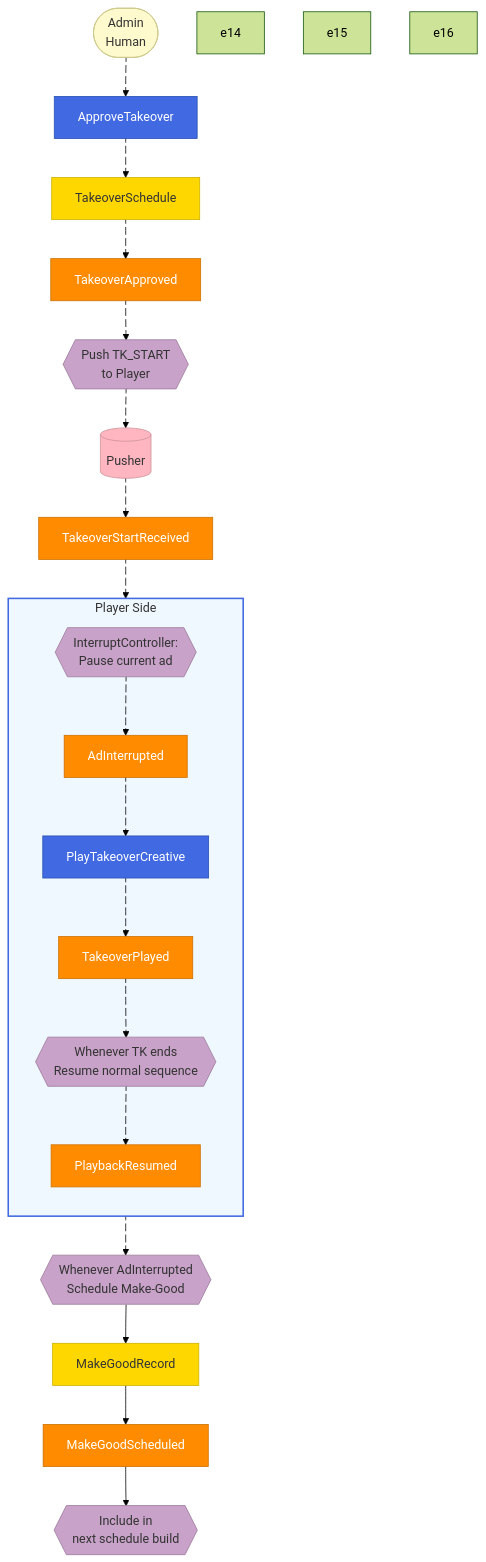
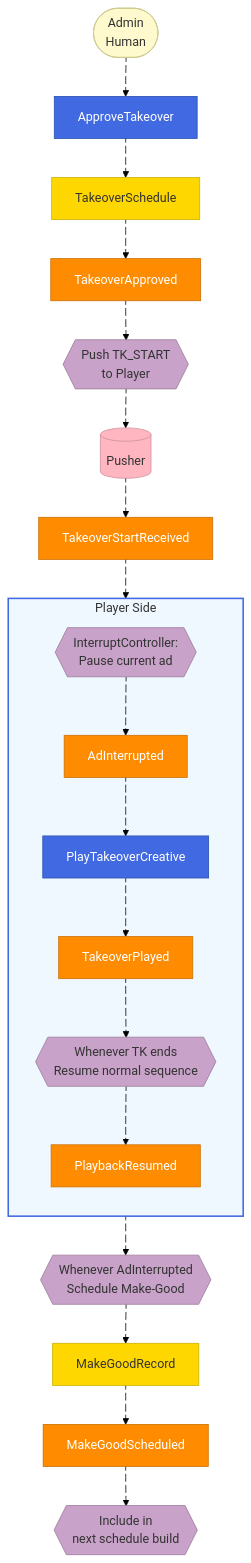
Before and after one commit to wasikarn/jira-generator: the diagram in scripts/diagrams/10-3-process-takeover.mmd, drawn with Mermaid (forest theme). The commit also changed other lines of this file and 3 other files, not shown here.

```diff
--- a/scripts/diagrams/10-3-process-takeover.mmd
+++ b/scripts/diagrams/10-3-process-takeover.mmd
@@ -1,89 +1,89 @@
 flowchart TD
     A_ADMIN(["Admin<br/>Human"])
     C_APPROVE["ApproveTakeover"]
     AGG_TK["TakeoverSchedule"]
     E_APPROVED["TakeoverApproved"]
     POL_NOTIFY{{"Push TK_START<br/>to Player"}}
     EXT_PUSHER[("Pusher")]
     E_TK_START["TakeoverStartReceived"]
 
     subgraph PLAYER["Player Side"]
         direction TB
         POL_IC{{"InterruptController:<br/>Pause current ad"}}
         E_INTERRUPTED["AdInterrupted"]
         C_PLAY_TK["PlayTakeoverCreative"]
         E_TK_PLAYED["TakeoverPlayed"]
         POL_RESUME{{"Whenever TK ends<br/>Resume normal sequence"}}
         E_RESUMED["PlaybackResumed"]
     end
 
     POL_MG{{"Whenever AdInterrupted<br/>Schedule Make-Good"}}
     AGG_MG["MakeGoodRecord"]
     E_MG["MakeGoodScheduled"]
     POL_NEXT{{"Include in<br/>next schedule build"}}
 
     A_ADMIN e3@--> C_APPROVE
     C_APPROVE e4@--> AGG_TK
     AGG_TK e5@--> E_APPROVED
     E_APPROVED e6@--> POL_NOTIFY
     POL_NOTIFY e7@--> EXT_PUSHER
     EXT_PUSHER e1@--> E_TK_START
     E_TK_START e8@--> POL_IC
     POL_IC e9@--> E_INTERRUPTED
     E_INTERRUPTED e10@--> C_PLAY_TK
     C_PLAY_TK e11@--> E_TK_PLAYED
     E_TK_PLAYED e12@--> POL_RESUME
     POL_RESUME e13@--> E_RESUMED
 
     E_INTERRUPTED e2@--> POL_MG
+    POL_MG e14@--> AGG_MG
+    AGG_MG e15@--> E_MG
+    E_MG e16@--> POL_NEXT
     e1@{ animation: slow }
     e2@{ animation: fast }
     e3@{ animation: fast }
     e4@{ animation: fast }
     e5@{ animation: fast }
     e6@{ animation: fast }
     e7@{ animation: slow }
     e8@{ animation: fast }
     e9@{ animation: fast }
     e10@{ animation: fast }
     e11@{ animation: fast }
     e12@{ animation: fast }
     e13@{ animation: fast }
     e14@{ animation: fast }
     e15@{ animation: fast }
     e16@{ animation: fast }
-    POL_MG e14@--> AGG_MG
-    AGG_MG e15@--> E_MG
-    E_MG e16@--> POL_NEXT
 
     %% Events - Orange
     style E_APPROVED fill:#FF8C00,stroke:#CC7000,color:#fff
     style E_TK_START fill:#FF8C00,stroke:#CC7000,color:#fff
     style E_INTERRUPTED fill:#FF8C00,stroke:#CC7000,color:#fff
     style E_TK_PLAYED fill:#FF8C00,stroke:#CC7000,color:#fff
     style E_RESUMED fill:#FF8C00,stroke:#CC7000,color:#fff
     style E_MG fill:#FF8C00,stroke:#CC7000,color:#fff
 
     %% Commands - Blue
     style C_APPROVE fill:#4169E1,stroke:#2850B0,color:#fff
     style C_PLAY_TK fill:#4169E1,stroke:#2850B0,color:#fff
 
     %% Aggregates - Yellow
     style AGG_TK fill:#FFD700,stroke:#CCB000,color:#333
     style AGG_MG fill:#FFD700,stroke:#CCB000,color:#333
 
     %% Policies - Lilac
     style POL_NOTIFY fill:#C8A2C8,stroke:#9B7A9B,color:#333
     style POL_IC fill:#C8A2C8,stroke:#9B7A9B,color:#333
     style POL_RESUME fill:#C8A2C8,stroke:#9B7A9B,color:#333
     style POL_MG fill:#C8A2C8,stroke:#9B7A9B,color:#333
     style POL_NEXT fill:#C8A2C8,stroke:#9B7A9B,color:#333
 
     %% Actor - Light Yellow
     style A_ADMIN fill:#FFFACD,stroke:#CCC88A,color:#333
 
     %% External - Pink
     style EXT_PUSHER fill:#FFB6C1,stroke:#CC929A,color:#333
 
     %% Player subgraph
     style PLAYER fill:#f0f8ff,stroke:#4169E1,stroke-width:2px
```
